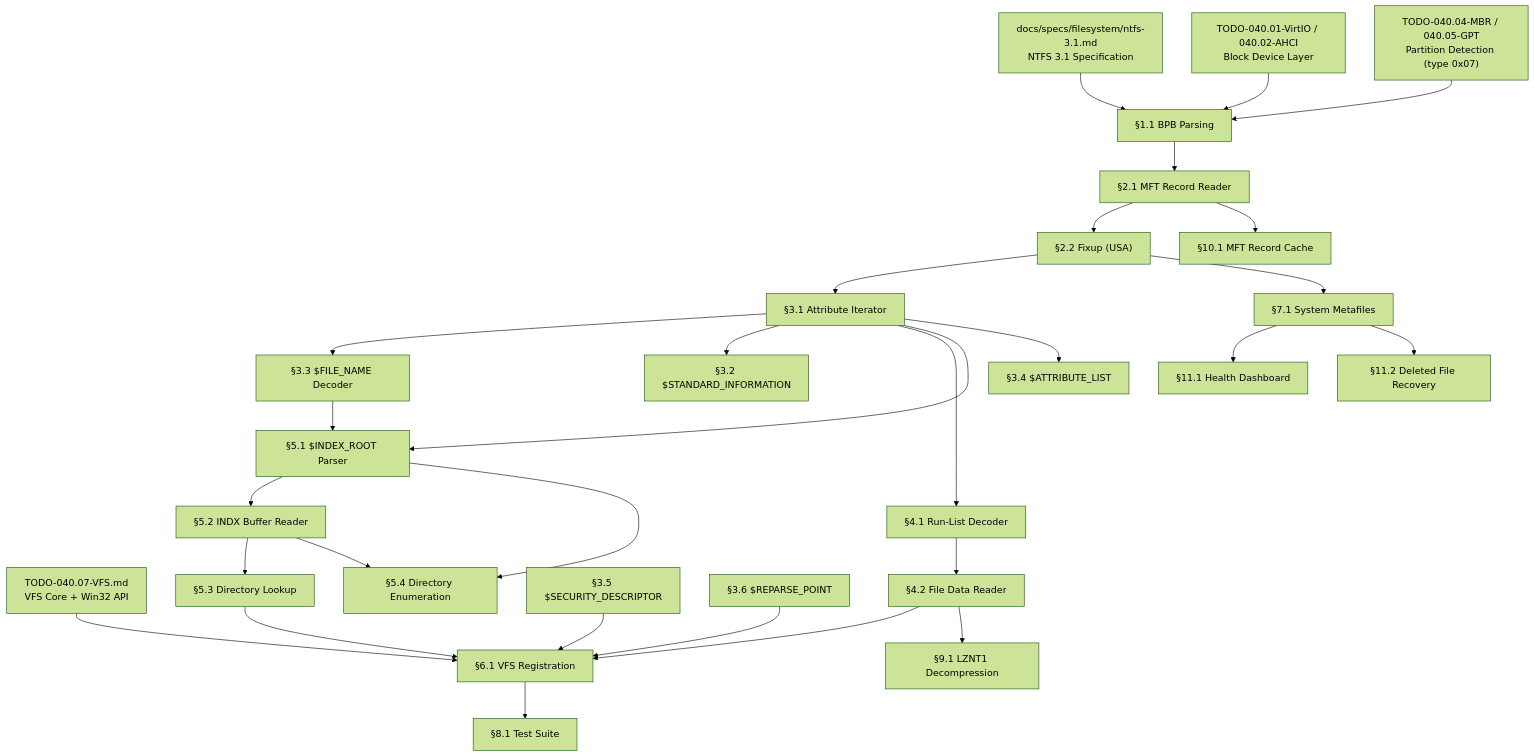
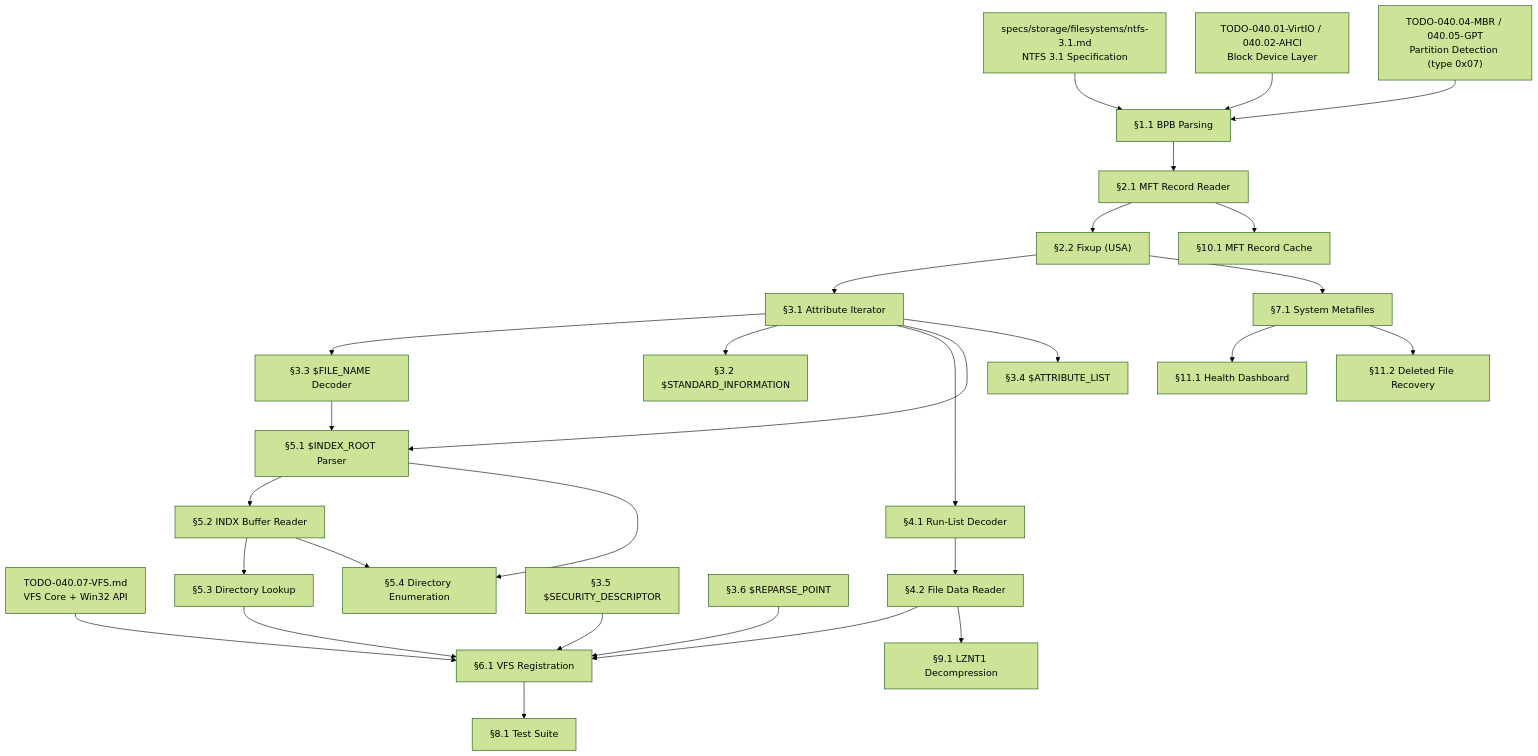
The diagram in todo/010-Kernel-Foundations/TODO-040-Filesystem/TODO-040.08-NTFS.md (rizonesoft/impossible-os), drawn with Mermaid (forest theme) before and after one commit. The commit also changed other lines of this file and 8 other files, not shown here.

````diff
--- a/todo/010-Kernel-Foundations/TODO-040-Filesystem/TODO-040.08-NTFS.md
+++ b/todo/010-Kernel-Foundations/TODO-040-Filesystem/TODO-040.08-NTFS.md
@@ -39,59 +39,59 @@
 ```mermaid
 graph TD
-    SPEC["docs/specs/filesystem/ntfs-3.1.md<br/>NTFS 3.1 Specification"]
+    SPEC["specs/storage/filesystems/ntfs-3.1.md<br/>NTFS 3.1 Specification"]
     BLK["TODO-040.01-VirtIO / 040.02-AHCI<br/>Block Device Layer"]
     PART["TODO-040.04-MBR / 040.05-GPT<br/>Partition Detection (type 0x07)"]
     VFS["TODO-040.07-VFS.md<br/>VFS Core + Win32 API"]
 
     A["§1.1 BPB Parsing"]
     B["§2.1 MFT Record Reader"]
     C["§2.2 Fixup (USA)"]
     D["§3.1 Attribute Iterator"]
     E["§3.3 $FILE_NAME Decoder"]
     F["§3.2 $STANDARD_INFORMATION"]
     G["§4.1 Run-List Decoder"]
     H["§4.2 File Data Reader"]
     I["§5.1 $INDEX_ROOT Parser"]
     J["§5.2 INDX Buffer Reader"]
     K["§5.3 Directory Lookup"]
     L["§6.1 VFS Registration"]
     M["§3.4 $ATTRIBUTE_LIST"]
     N["§3.5 $SECURITY_DESCRIPTOR"]
     O["§3.6 $REPARSE_POINT"]
     P["§5.4 Directory Enumeration"]
     Q["§7.1 System Metafiles"]
     R["§9.1 LZNT1 Decompression"]
     S["§10.1 MFT Record Cache"]
     T["§8.1 Test Suite"]
     U["§11.1 Health Dashboard"]
     V["§11.2 Deleted File Recovery"]
 
     SPEC --> A
     BLK --> A
     PART --> A
     A --> B
     B --> C
     C --> D
     D --> E
     D --> F
     D --> G
     G --> H
     E --> I
     D --> I
     I --> J
     J --> K
     K --> L
     H --> L
     VFS --> L
     D --> M
     N --> L
     O --> L
     I --> P
     J --> P
     C --> Q
     H --> R
     B --> S
     L --> T
     Q --> U
     Q --> V
 ```
````
